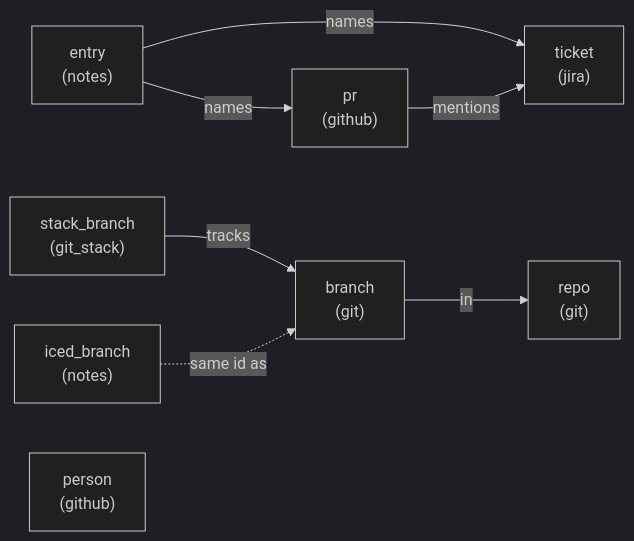
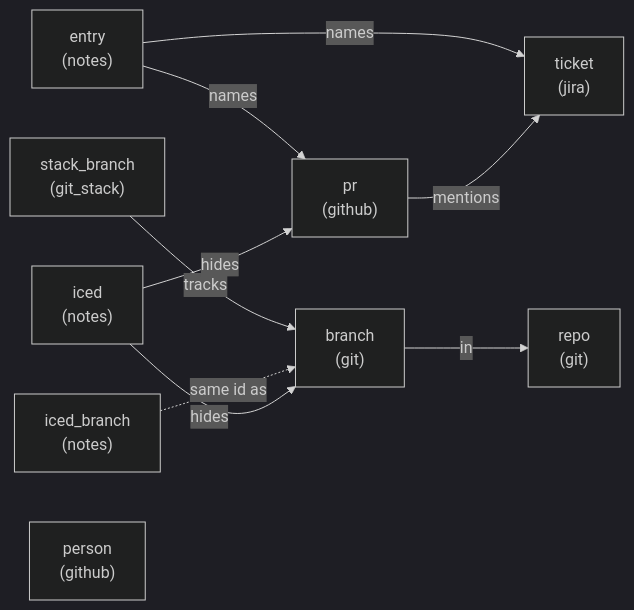
Before and after one commit to benekastah/move-forward: the first of 4 diagrams in docs/graph.md, drawn with Mermaid (dark theme). The commit also changed other lines of this file and 12 other files, not shown here.

````diff
--- a/docs/graph.md
+++ b/docs/graph.md
@@ -35,10 +35,12 @@
 ```mermaid
 flowchart LR
     entry["entry<br/>(notes)"] -->|names| pr["pr<br/>(github)"]
     entry -->|names| ticket["ticket<br/>(jira)"]
     pr -->|mentions| ticket
     branch["branch<br/>(git)"] -->|in| repo["repo<br/>(git)"]
     stack_branch["stack_branch<br/>(git_stack)"] -->|tracks| branch
     iced["iced_branch<br/>(notes)"] -. "same id as" .-> branch
+    ice["iced<br/>(notes)"] -->|hides| branch
+    ice -->|hides| pr
     person["person<br/>(github)"]
 ```
````
